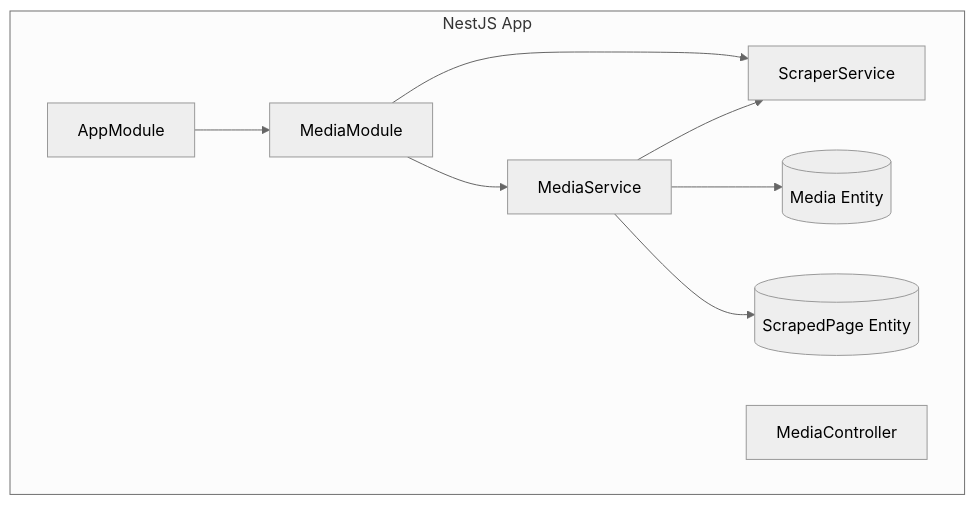
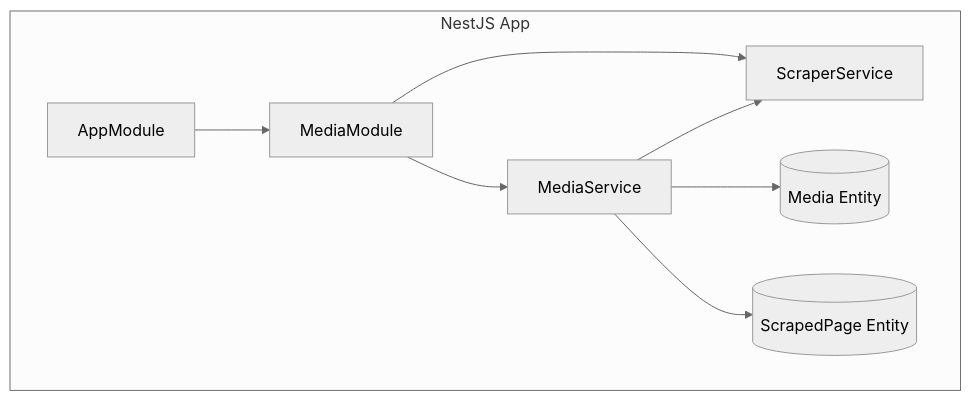
Before and after one commit to ngophuongha/media-scraper: the second of 3 diagrams in docs/backend-design.md, drawn with Mermaid (neutral theme). The commit also changed other lines of this file and 39 other files, not shown here.

````diff
--- a/docs/backend-design.md
+++ b/docs/backend-design.md
@@ -40,19 +54,18 @@
 ```mermaid
 graph TD
     subgraph NestJS App
         AM[AppModule]
         MM[MediaModule]
-        MC[MediaController]
         MS[MediaService]
         SS[ScraperService]
         ME[(Media Entity)]
         SPE[(ScrapedPage Entity)]
     end
 
     AM --> MM
     MM --> MS
     MM --> SS
     MS --> SS
     MS --> ME
     MS --> SPE
 ```
````
